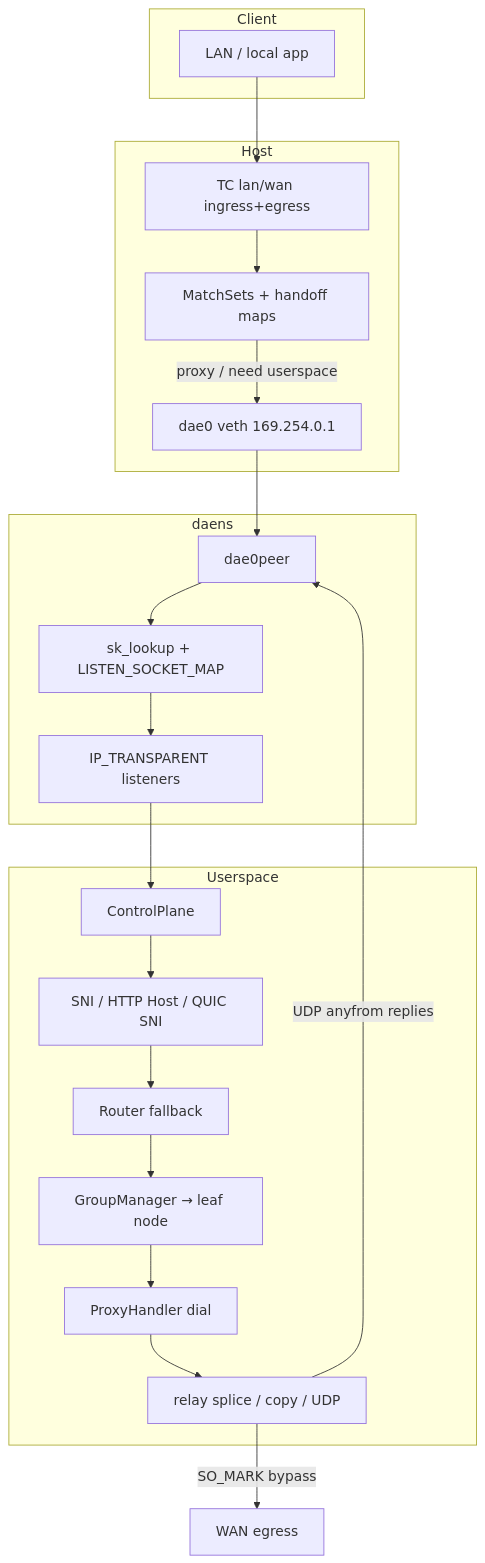
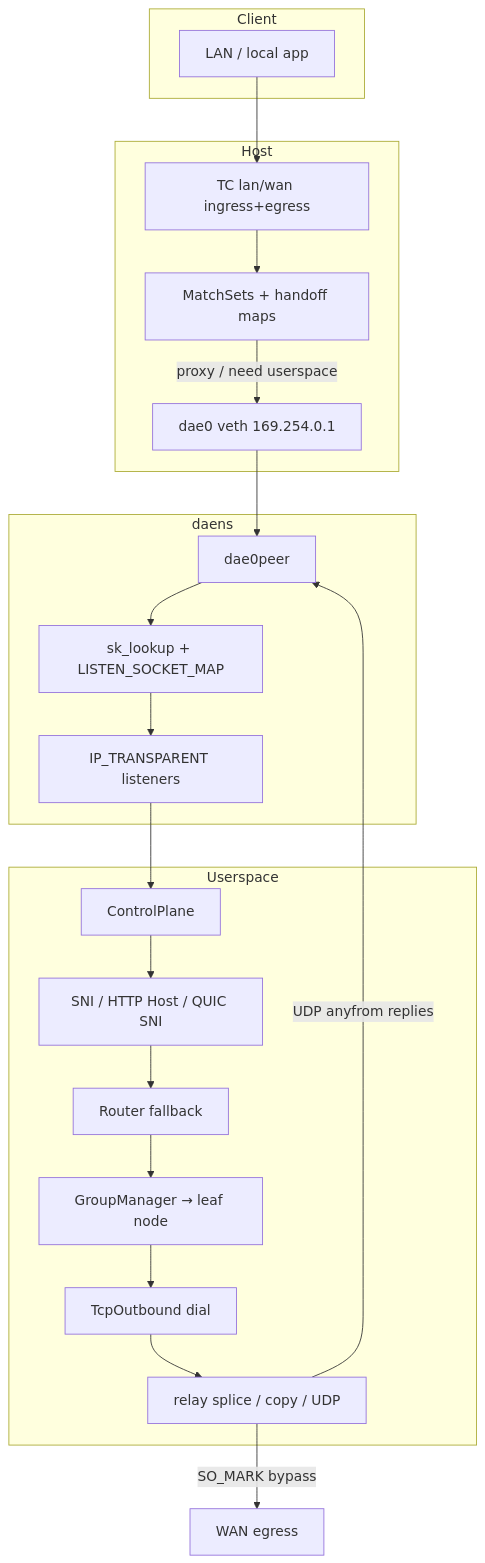
The second of 2 diagrams in doc/design.en.md (Glassyiris/honk), drawn with Mermaid before and after one commit. The commit also changed other lines of this file and 11 other files, not shown here.

````diff
--- a/doc/design.en.md
+++ b/doc/design.en.md
@@ -59,33 +59,33 @@
 ```mermaid
 flowchart TB
   subgraph Client
     APP[LAN / local app]
   end
 
   subgraph Host
     TC[TC lan/wan ingress+egress]
     MAPS[MatchSets + handoff maps]
     DAE0[dae0 veth 169.254.0.1]
   end
 
   subgraph daens
     PEER[dae0peer]
     SK[sk_lookup + LISTEN_SOCKET_MAP]
     LISTEN[IP_TRANSPARENT listeners]
   end
 
   subgraph Userspace
     CP[ControlPlane]
     SNIFF[SNI / HTTP Host / QUIC SNI]
     R[Router fallback]
     G[GroupManager → leaf node]
-    D[ProxyHandler dial]
+    D[TcpOutbound dial]
     REL[relay splice / copy / UDP]
   end
 
   APP --> TC --> MAPS
   MAPS -->|proxy / need userspace| DAE0 --> PEER --> SK --> LISTEN --> CP
   CP --> SNIFF --> R --> G --> D --> REL
   REL -->|SO_MARK bypass| WAN[WAN egress]
   REL -->|UDP anyfrom replies| PEER
 ```
````
